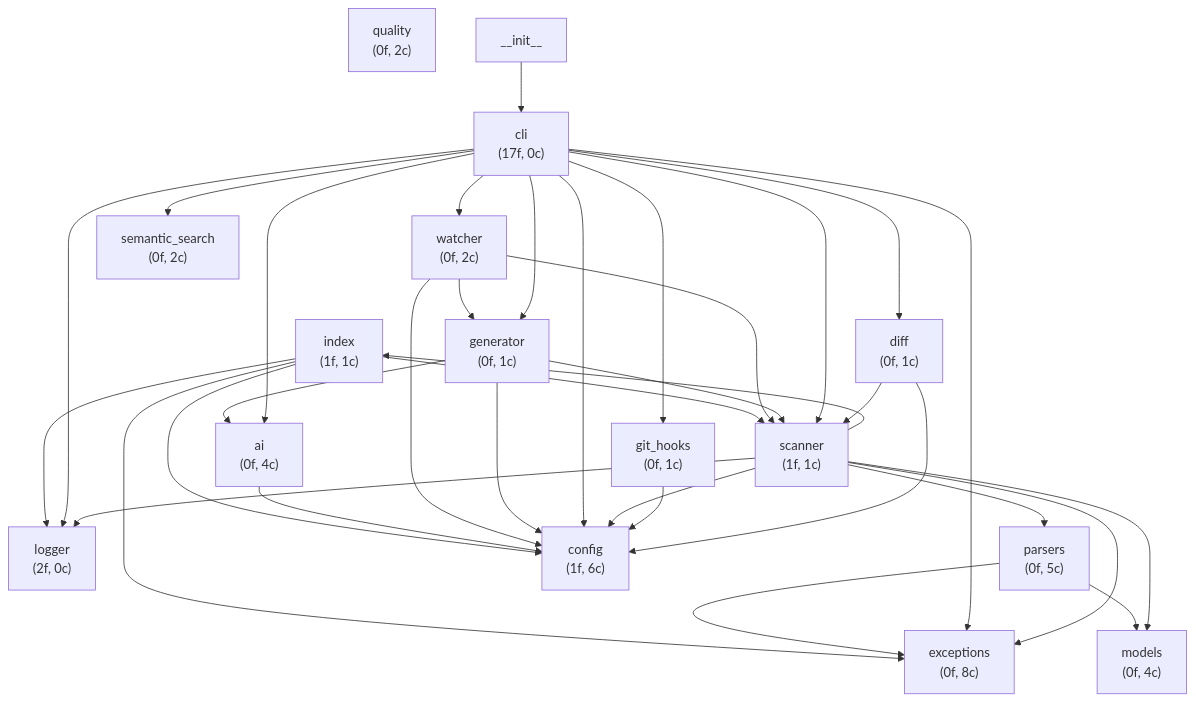
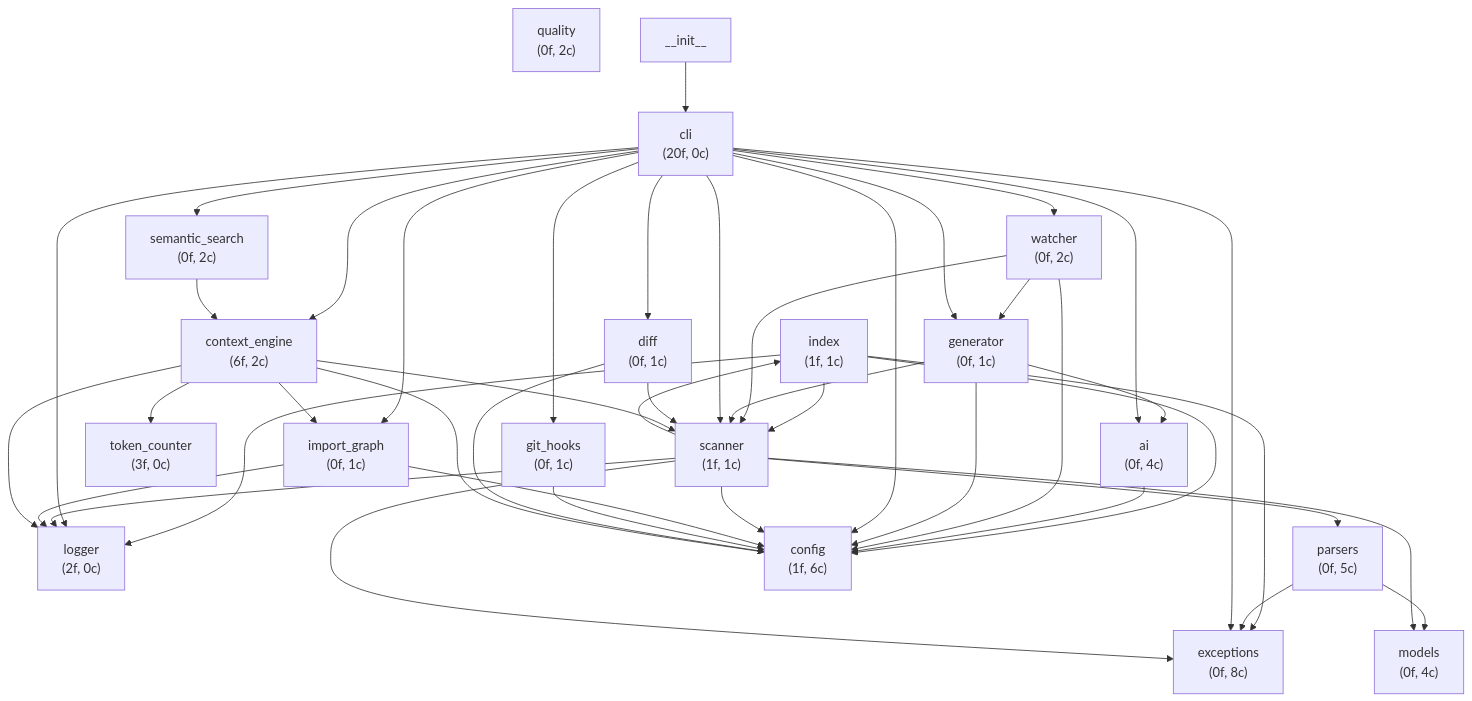
One commit to sushilk1991/know-cli changed the diagram in docs/architecture.md. Above: the diagram before and after it, drawn with Mermaid. The commit also changed 10 other files, not shown here.

````diff
--- a/docs/architecture.md
+++ b/docs/architecture.md
@@ -3,53 +3,66 @@
 ```mermaid
 graph TB
     index["index\n(1f, 1c)"]
     ai["ai\n(0f, 4c)"]
     models["models\n(0f, 4c)"]
     watcher["watcher\n(0f, 2c)"]
     quality["quality\n(0f, 2c)"]
     exceptions["exceptions\n(0f, 8c)"]
     logger["logger\n(2f, 0c)"]
     generator["generator\n(0f, 1c)"]
     parsers["parsers\n(0f, 5c)"]
-    cli["cli\n(17f, 0c)"]
+    cli["cli\n(20f, 0c)"]
     semantic_search["semantic_search\n(0f, 2c)"]
     __init__["__init__"]
     scanner["scanner\n(1f, 1c)"]
+    token_counter["token_counter\n(3f, 0c)"]
     config["config\n(1f, 6c)"]
+    import_graph["import_graph\n(0f, 1c)"]
     git_hooks["git_hooks\n(0f, 1c)"]
     diff["diff\n(0f, 1c)"]
+    context_engine["context_engine\n(6f, 2c)"]
 
     index --> exceptions
     index --> logger
     index --> config
     index --> scanner
     ai --> config
     watcher --> config
     watcher --> scanner
     watcher --> generator
     generator --> config
     generator --> scanner
     generator --> ai
     parsers --> exceptions
     parsers --> models
     cli --> config
     cli --> scanner
     cli --> generator
     cli --> watcher
     cli --> ai
     cli --> git_hooks
     cli --> logger
     cli --> exceptions
     cli --> semantic_search
+    cli --> context_engine
+    cli --> import_graph
     cli --> diff
+    semantic_search --> context_engine
     __init__ --> cli
     scanner --> exceptions
     scanner --> logger
     scanner --> parsers
     scanner --> models
     scanner --> config
     scanner --> index
+    import_graph --> logger
+    import_graph --> config
     git_hooks --> config
     diff --> config
     diff --> scanner
+    context_engine --> token_counter
+    context_engine --> logger
+    context_engine --> config
+    context_engine --> scanner
+    context_engine --> import_graph
 ```
````
